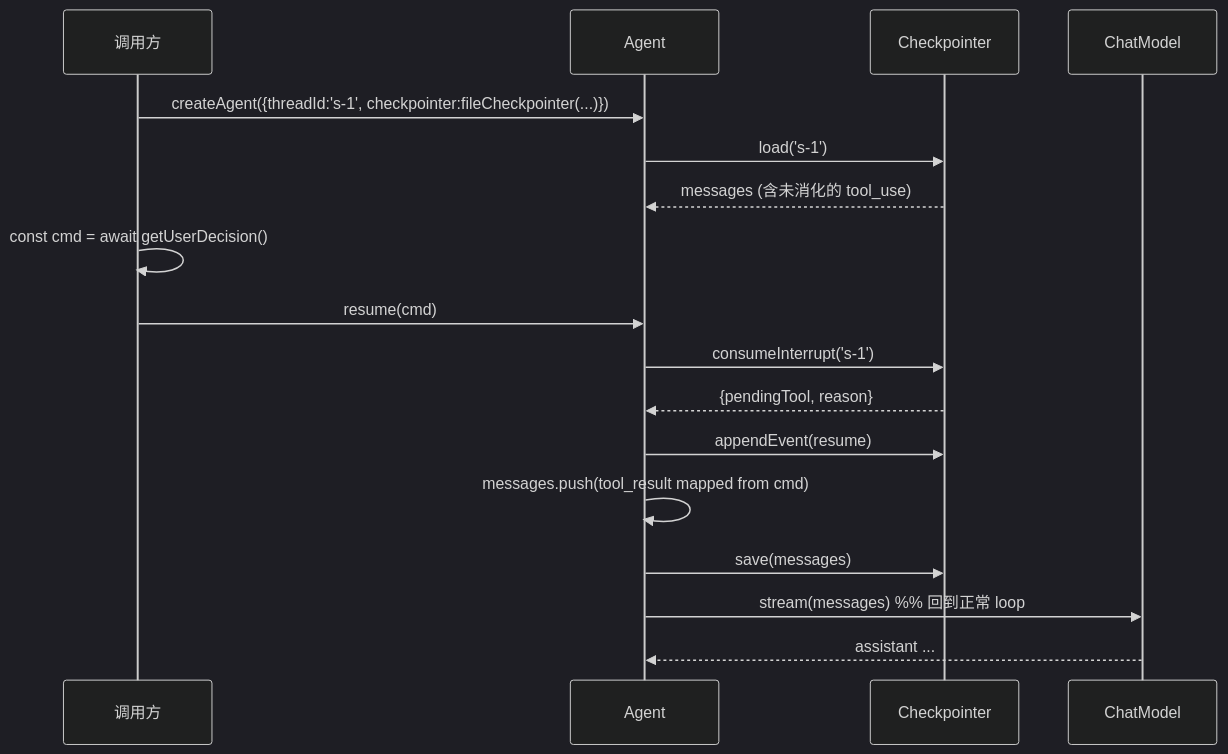
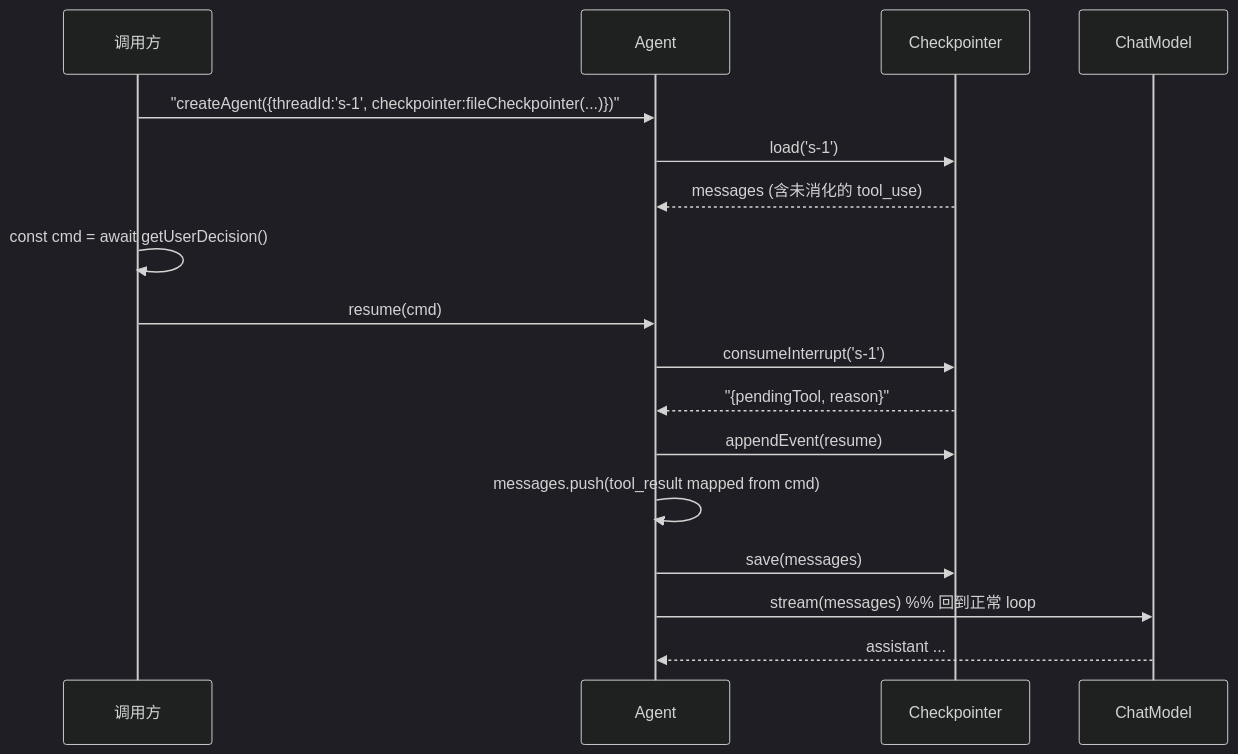
One commit to Chengchcc/my-agent-team changed the second of 2 diagrams in docs/architecture/04-checkpointer.md. Above: the diagram before and after it, drawn with Mermaid (dark theme). The commit also changed other lines of this file and 2 other files, not shown here.

Commit message:
docs: fix mermaid syntax — quote message text with braces and angle brackets
Mermaid sequence diagrams treat {} and <> as special characters.
Unquoted message text containing these characters breaks rendering
on GitHub and other mermaid renderers. Wrap affected message texts
in double quotes across 3 architecture docs.

````diff
--- a/docs/architecture/04-checkpointer.md
+++ b/docs/architecture/04-checkpointer.md
@@ -323,24 +323,24 @@
 ```mermaid
 sequenceDiagram
   participant U as 调用方
   participant A as Agent
   participant CP as Checkpointer
   participant M as ChatModel
 
-  U->>A: createAgent({threadId:'s-1', checkpointer:fileCheckpointer(...)})
+  U->>A: "createAgent({threadId:'s-1', checkpointer:fileCheckpointer(...)})"
   A->>CP: load('s-1')
   CP-->>A: messages (含未消化的 tool_use)
 
   U->>U: const cmd = await getUserDecision()
   U->>A: resume(cmd)
 
   A->>CP: consumeInterrupt('s-1')
-  CP-->>A: {pendingTool, reason}
+  CP-->>A: "{pendingTool, reason}"
   A->>CP: appendEvent(resume)
 
   A->>A: messages.push(tool_result mapped from cmd)
   A->>CP: save(messages)
 
   A->>M: stream(messages)                %% 回到正常 loop
   M-->>A: assistant ...
 ```
````
